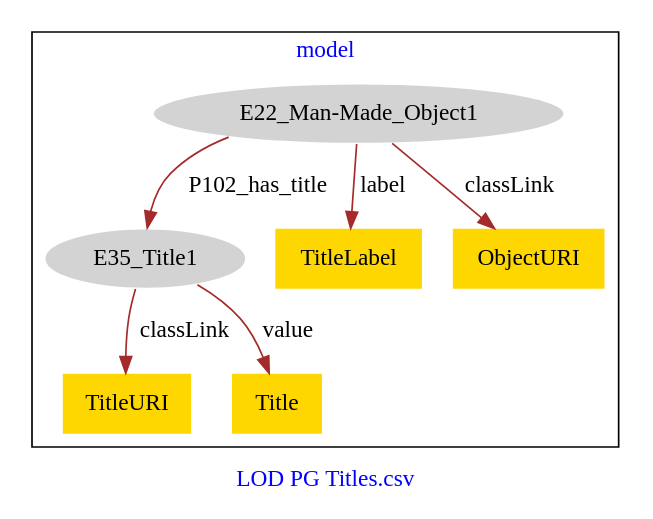
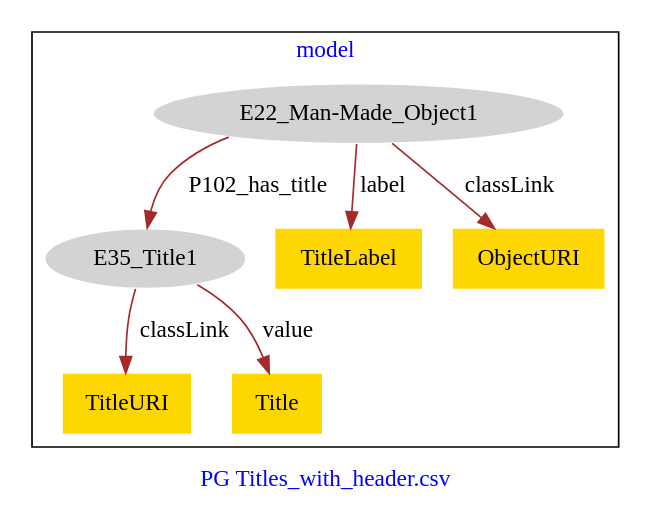
The diagram in PG_UnknownTitles/PG_UnknownTitles-model.dot (american-art/cbm), drawn with Graphviz before and after one commit.

Commit message:
Update file PG_UnknownTitles-model.dot

```diff
--- a/PG_UnknownTitles/PG_UnknownTitles-model.dot
+++ b/PG_UnknownTitles/PG_UnknownTitles-model.dot
@@ -1,19 +1,19 @@
 digraph n0 {
 fontcolor="blue"
 remincross="true"
-label="LOD PG Titles.csv"
+label="PG Titles_with_header.csv"
 subgraph cluster {
 label="model"
 n2[style="filled",color="white",fillcolor="lightgray",label="E22_Man-Made_Object1"];
 n3[style="filled",color="white",fillcolor="lightgray",label="E35_Title1"];
 n4[shape="plaintext",style="filled",fillcolor="gold",label="TitleLabel"];
 n5[shape="plaintext",style="filled",fillcolor="gold",label="TitleURI"];
 n6[shape="plaintext",style="filled",fillcolor="gold",label="ObjectURI"];
 n7[shape="plaintext",style="filled",fillcolor="gold",label="Title"];
 }
 n2 -> n3[color="brown",fontcolor="black",label="P102_has_title"]
 n2 -> n4[color="brown",fontcolor="black",label="label"]
 n3 -> n5[color="brown",fontcolor="black",label="classLink"]
 n2 -> n6[color="brown",fontcolor="black",label="classLink"]
 n3 -> n7[color="brown",fontcolor="black",label="value"]
 }
```
